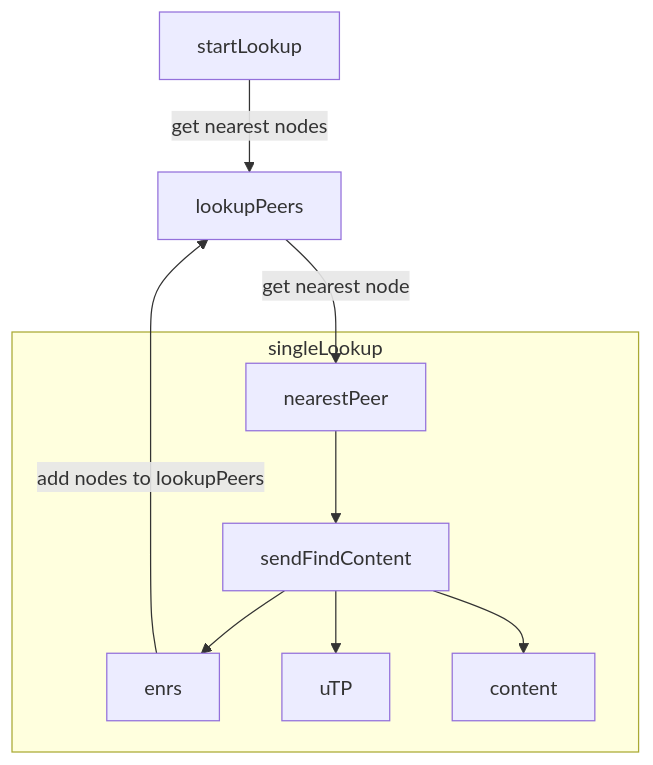
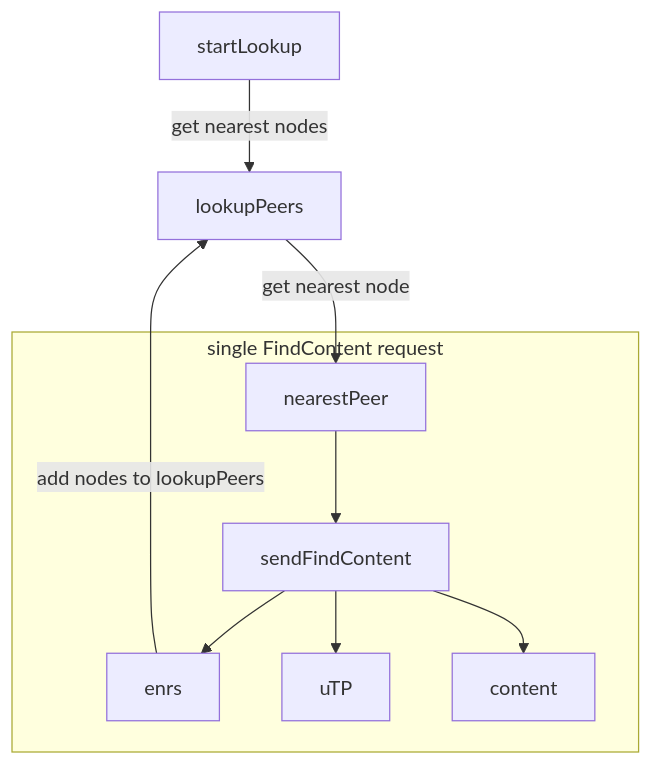
Before and after one commit to ethereumjs/ultralight: the third of 4 diagrams in packages/portalnetwork/ARCHITECTURE.md, drawn with Mermaid. The commit also changed other lines of this file, not shown here.

````diff
--- a/packages/portalnetwork/ARCHITECTURE.md
+++ b/packages/portalnetwork/ARCHITECTURE.md
@@ -31,12 +35,12 @@
 ```mermaid
     graph TD
         startLookup--get nearest nodes --> lookupPeers
         lookupPeers--get nearest node--> nearestPeer
-        subgraph singleLookup
+        subgraph single FindContent request
         nearestPeer --> sendFindContent
         sendFindContent --> enrs
         sendFindContent --> uTP
         sendFindContent --> content
         end
         enrs--add nodes to lookupPeers--> lookupPeers
 ```
````
